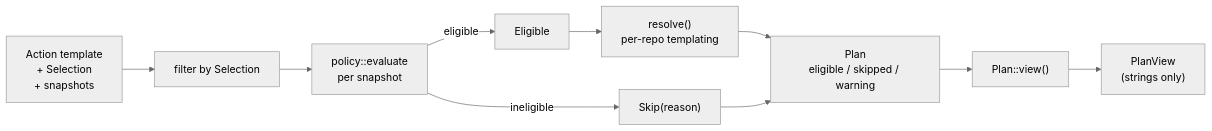
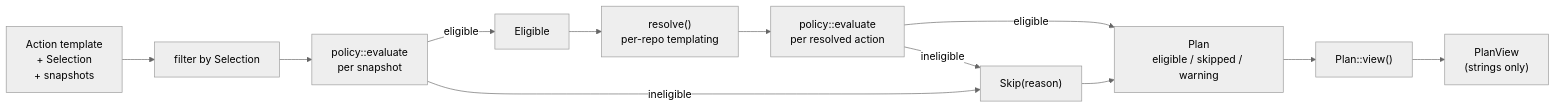
Before and after one commit to velian/git-scylla: the third of 5 diagrams in crates/engine/docs/README.md, drawn with Mermaid (neutral theme). The commit also changed other lines of this file and 7 other files, not shown here.

````diff
--- a/crates/engine/docs/README.md
+++ b/crates/engine/docs/README.md
@@ -119,17 +119,21 @@
 ```mermaid
 flowchart LR
     action["Action template\n+ Selection\n+ snapshots"]
     filter["filter by Selection"]
     eval["policy::evaluate\nper snapshot"]
     elig["Eligible"]
     skip["Skip(reason)"]
     resolve["resolve()\nper-repo templating"]
     plan["Plan\neligible / skipped / warning"]
     view["Plan::view()"]
     pv["PlanView\n(strings only)"]
 
+    regate["policy::evaluate\nper resolved action"]
+
     action --> filter --> eval
-    eval -->|eligible| elig --> resolve --> plan
+    eval -->|eligible| elig --> resolve --> regate
+    regate -->|eligible| plan
+    regate -->|ineligible| skip
     eval -->|ineligible| skip --> plan
     plan --> view --> pv
 ```
````
